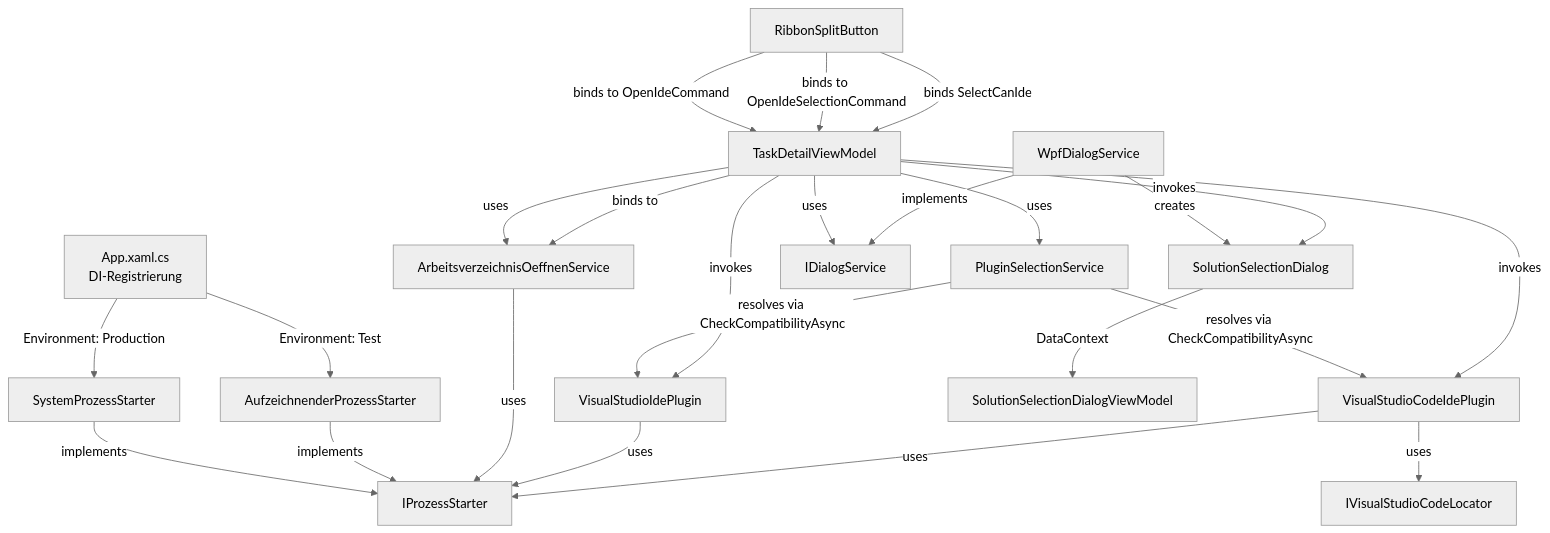
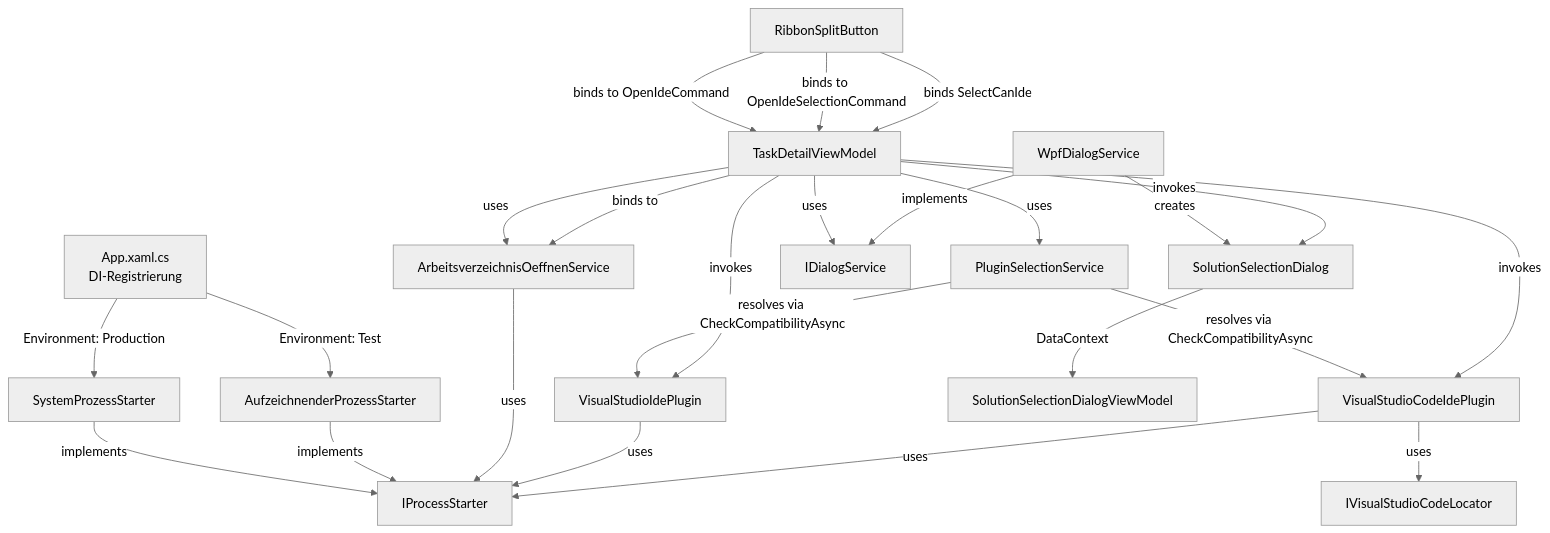
One commit to martin-stromberg/Softwareschmiede changed the diagram in docs/help/dateisystem-integration/architektur.md. Above: the diagram before and after it, drawn with Mermaid (neutral theme). The commit also changed other lines of this file and 139 other files, not shown here.

````diff
--- a/docs/help/dateisystem-integration/architektur.md
+++ b/docs/help/dateisystem-integration/architektur.md
@@ -202,34 +202,34 @@
 ```mermaid
 graph TD
     A["App.xaml.cs<br/>DI-Registrierung"]
     A -->|Environment: Production| B["SystemProzessStarter"]
     A -->|Environment: Test| C["AufzeichnenderProzessStarter"]
     
-    B -->|implements| D["IProzessStarter"]
+    B -->|implements| D["IProcessStarter"]
     C -->|implements| D
     
     E["ArbeitsverzeichnisOeffnenService"] -->|uses| D
     L["VisualStudioIdePlugin"] -->|uses| D
     M["VisualStudioCodeIdePlugin"] -->|uses| D
     M -->|uses| N["IVisualStudioCodeLocator"]
 
     P["PluginSelectionService"] -->|resolves via CheckCompatibilityAsync| L
     P -->|resolves via CheckCompatibilityAsync| M
 
     G["TaskDetailViewModel"] -->|uses| E
     G -->|uses| P
     G -->|invokes| L
     G -->|invokes| M
     G -->|uses| H["IDialogService"]
     
     I["WpfDialogService"] -->|implements| H
     I -->|creates| J["SolutionSelectionDialog"]
     J -->|DataContext| K["SolutionSelectionDialogViewModel"]
     
     G -->|invokes| J
     G -->|binds to| E
     
     RB["RibbonSplitButton"] -->|binds to OpenIdeCommand| G
     RB -->|binds to OpenIdeSelectionCommand| G
     RB -->|binds SelectCanIde| G
 ```
````
